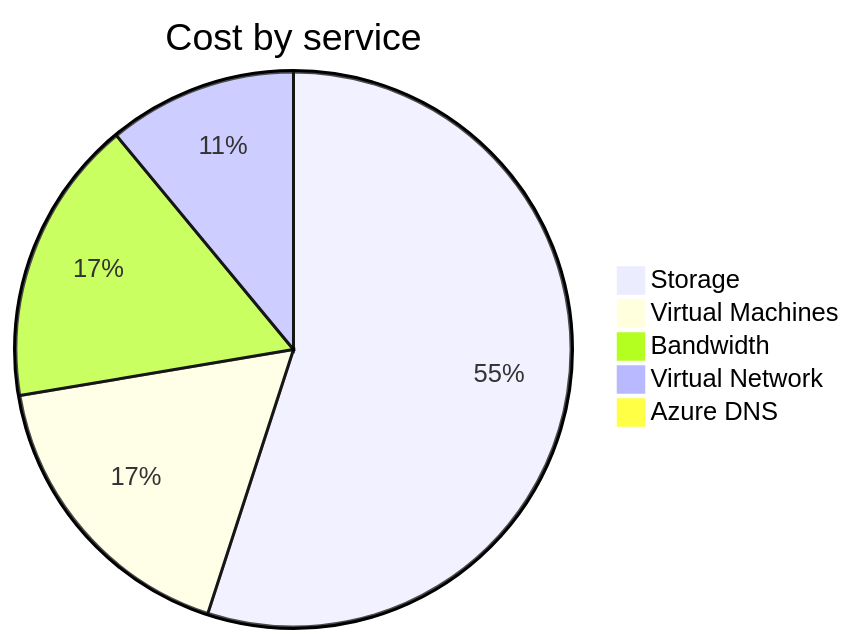
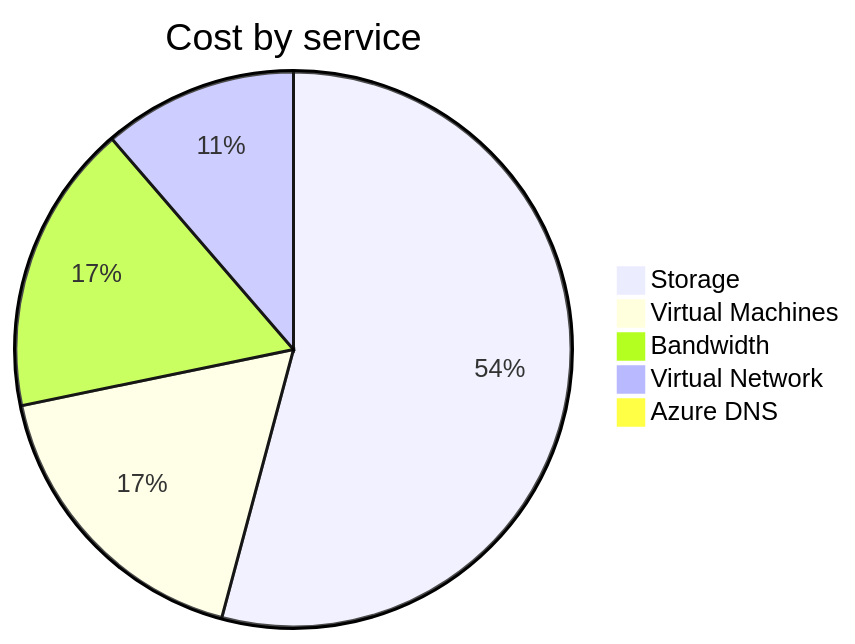
The second of 4 diagrams in cost-reports/personal-network/README.md (jpfulton/azure-personal-reports), drawn with Mermaid before and after one commit. The commit also changed other lines of this file and 8 other files, not shown here.

````diff
--- a/cost-reports/personal-network/README.md
+++ b/cost-reports/personal-network/README.md
@@ -99,9 +99,9 @@
 ```mermaid
 pie
    title Cost by service
-   "Storage" : 7.10
-   "Virtual Machines" : 2.24
-   "Bandwidth" : 2.15
-   "Virtual Network" : 1.42
-   "Azure DNS" : 0.10
+   "Storage" : 7.94
+   "Virtual Machines" : 2.58
+   "Bandwidth" : 2.48
+   "Virtual Network" : 1.66
+   "Azure DNS" : 0.11
 ```
````
